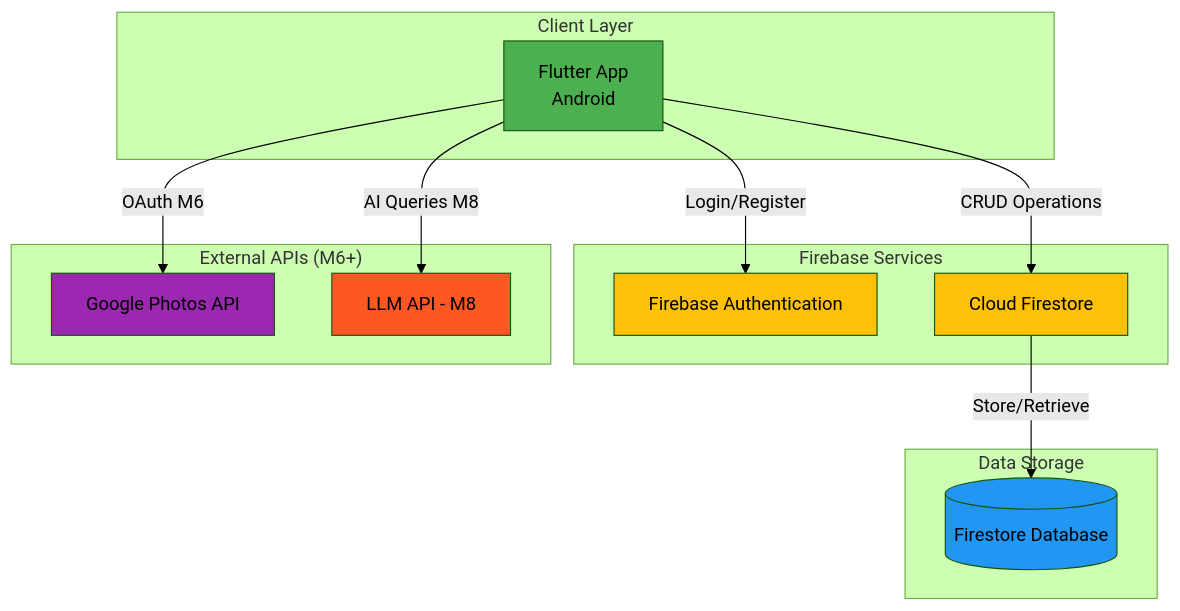
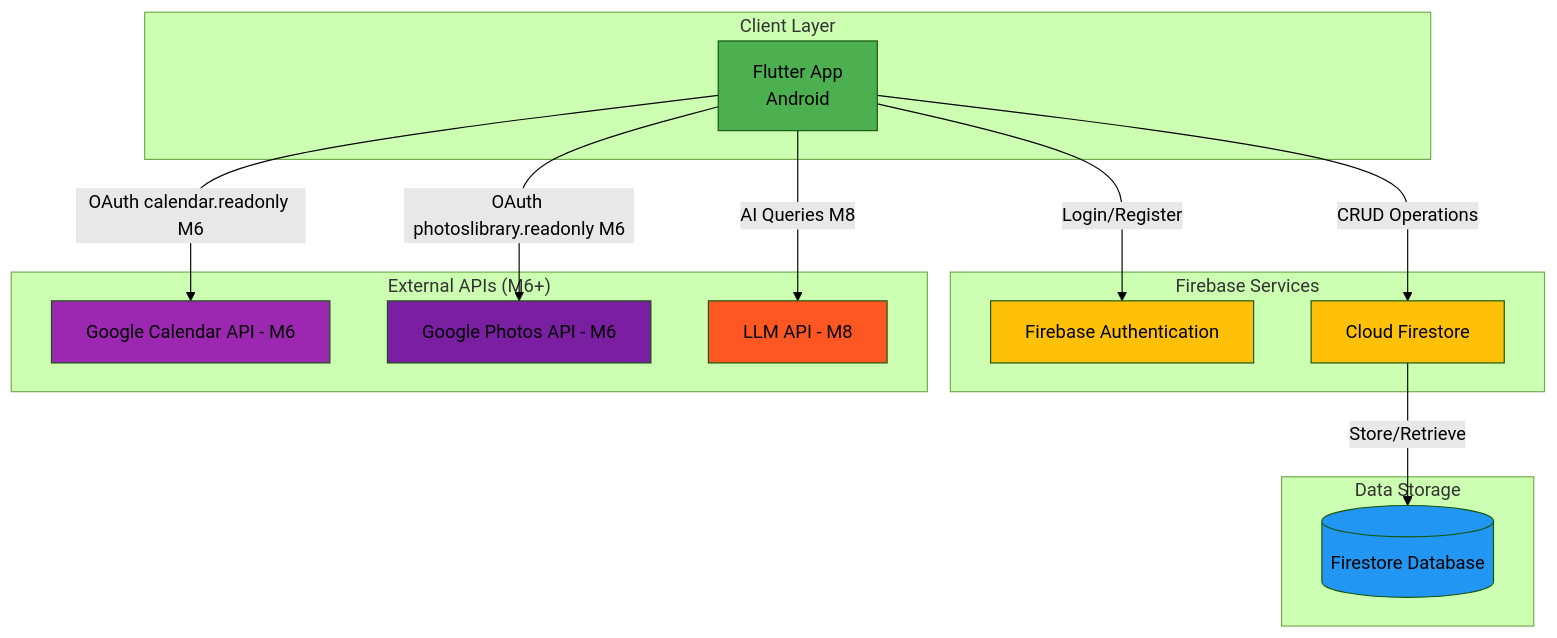
Before and after one commit to aleksanderginalski/Friendsheet-App: the first of 5 diagrams in docs/architecture.md, drawn with Mermaid (forest theme). The commit also changed other lines of this file and 74 other files, not shown here.

````diff
--- a/docs/architecture.md
+++ b/docs/architecture.md
@@ -5,33 +5,36 @@
 ```mermaid
 graph TB
     subgraph "Client Layer"
         A[Flutter App<br/>Android]
     end
     
     subgraph "Firebase Services"
         B[Firebase Authentication]
         C[Cloud Firestore]
     end
     
     subgraph "External APIs (M6+)"
-        E[Google Photos API]
+        E[Google Calendar API - M6]
+        E2[Google Photos API - M6]
         F[LLM API - M8]
     end
     
     subgraph "Data Storage"
         D[(Firestore Database)]
     end
     
     A -->|Login/Register| B
     A -->|CRUD Operations| C
     C -->|Store/Retrieve| D
-    A -->|OAuth M6| E
+    A -->|OAuth calendar.readonly M6| E
+    A -->|OAuth photoslibrary.readonly M6| E2
     A -->|AI Queries M8| F
     
     style A fill:#4CAF50
     style B fill:#FFC107
     style C fill:#FFC107
     style D fill:#2196F3
     style E fill:#9C27B0
+    style E2 fill:#7B1FA2
     style F fill:#FF5722
 ```
````
